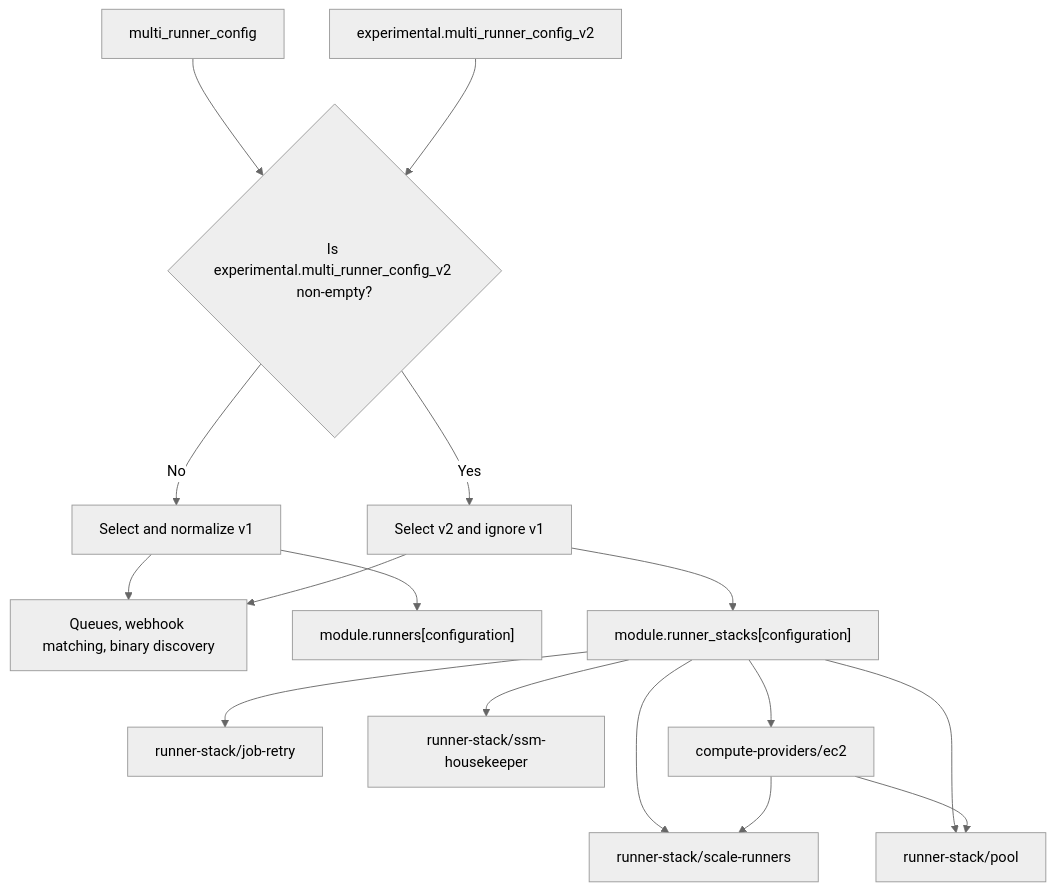
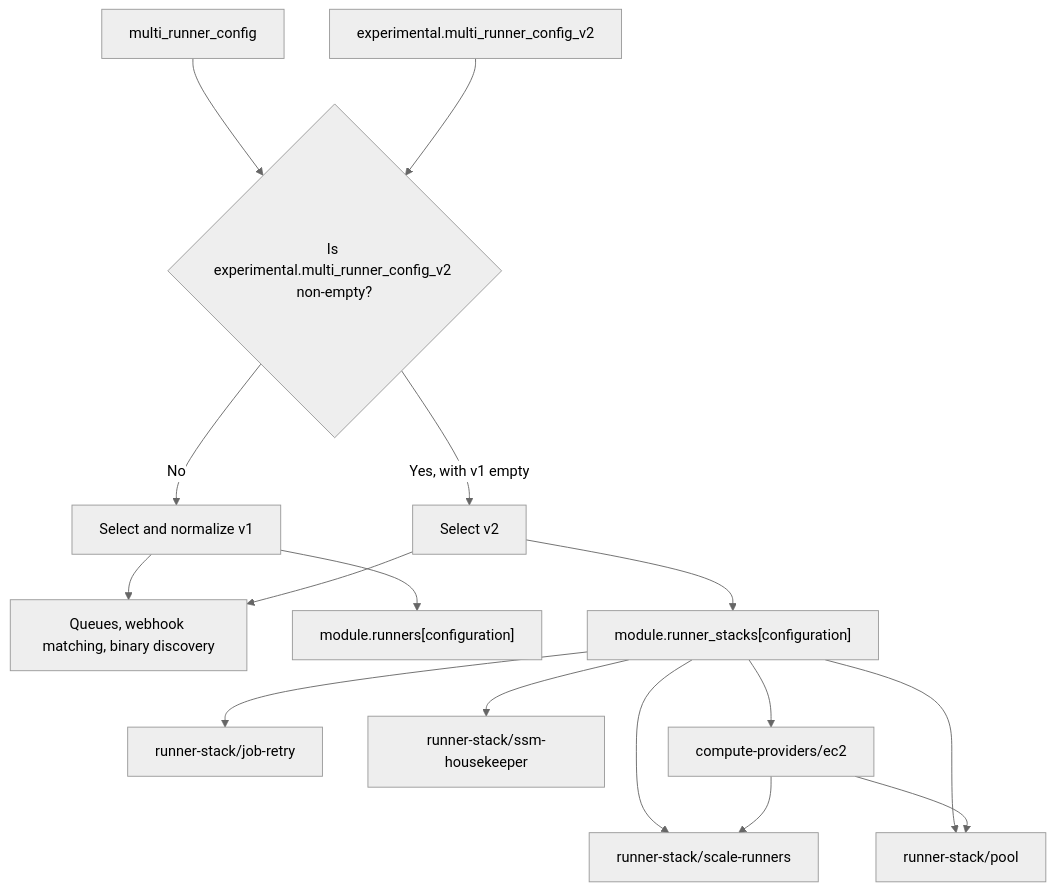
The diagram in docs/modules/internal/compute-provider-refactor.md (github-aws-runners/terraform-aws-github-runner), drawn with Mermaid (neutral theme) before and after one commit. The commit also changed other lines of this file and 13 other files, not shown here.

````diff
--- a/docs/modules/internal/compute-provider-refactor.md
+++ b/docs/modules/internal/compute-provider-refactor.md
@@ -48,18 +48,18 @@
 ```mermaid
 flowchart TD
   Stable["multi_runner_config"] --> Select{"Is experimental.multi_runner_config_v2 non-empty?"}
   Experimental["experimental.multi_runner_config_v2"] --> Select
   Select -->|No| V1["Select and normalize v1"]
-  Select -->|Yes| V2["Select v2 and ignore v1"]
+  Select -->|Yes, with v1 empty| V2["Select v2"]
   V1 --> Shared["Queues, webhook matching, binary discovery"]
   V2 --> Shared
   V1 --> Legacy["module.runners[configuration]"]
   V2 --> Stack["module.runner_stacks[configuration]"]
   Stack --> Scaling["runner-stack/scale-runners"]
   Stack --> Pool["runner-stack/pool"]
   Stack --> Retry["runner-stack/job-retry"]
   Stack --> Housekeeper["runner-stack/ssm-housekeeper"]
   Stack --> Provider["compute-providers/ec2"]
   Provider --> Scaling
   Provider --> Pool
 ```
````
